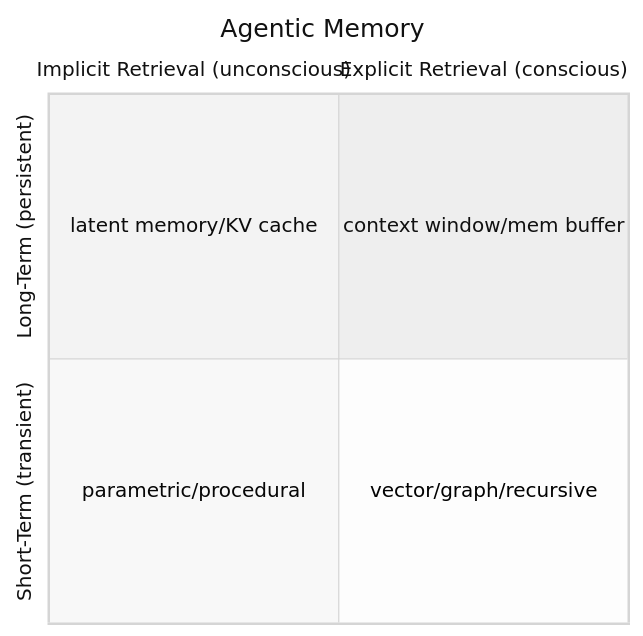
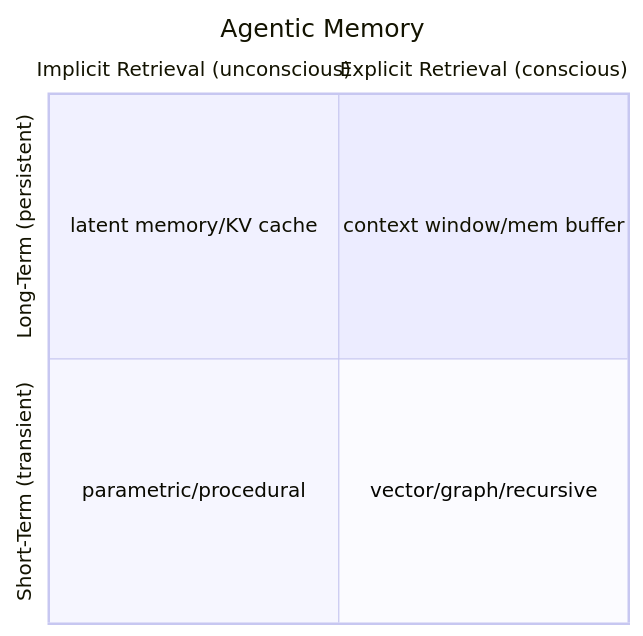
One commit to k-cross/blog changed the third of 3 diagrams in src/lib/content/posts/ai_agents.md. Above: the diagram before and after it, drawn with Mermaid. The commit also changed other lines of this file and 7 other files, not shown here.

Commit message:
fix mermaid graphs

````diff
--- a/src/lib/content/posts/ai_agents.md
+++ b/src/lib/content/posts/ai_agents.md
@@ -166,11 +164,10 @@
 ```mermaid
-%%{init: {'theme':'neutral'}}%%
 quadrantChart
     title Agentic Memory
     x-axis "Implicit Retrieval (unconscious)" --> "Explicit Retrieval (conscious)"
     y-axis "Short-Term (transient)" --> "Long-Term (persistent)"
     quadrant-1 "context window/mem buffer"
     quadrant-2 "latent memory/KV cache"
     quadrant-3 "parametric/procedural"
     quadrant-4 "vector/graph/recursive"
 ```
````
